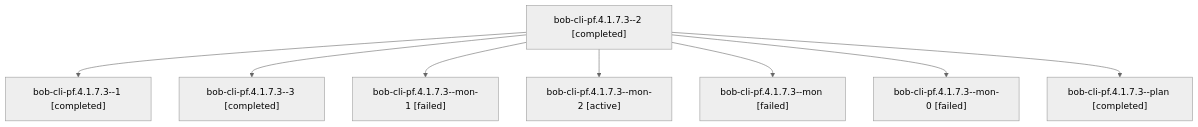
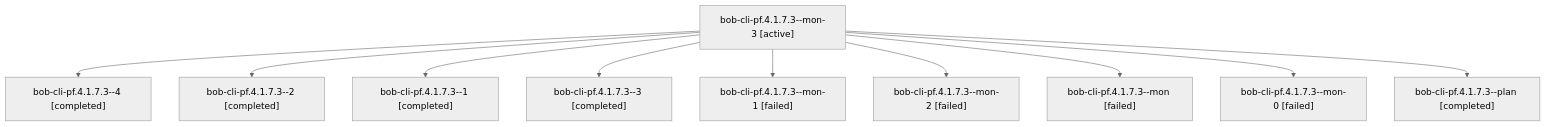
Before and after one commit to bobs-org/bob-cli--agents: the diagram in sessions/bbugyi200.apollo.bob-cli-pf.4.1.7.3.md, drawn with Mermaid (neutral theme). The commit also changed other lines of this file and 105 other files, not shown here.

````diff
--- a/sessions/bbugyi200.apollo.bob-cli-pf.4.1.7.3.md
+++ b/sessions/bbugyi200.apollo.bob-cli-pf.4.1.7.3.md
@@ -9,18 +9,22 @@
 ```mermaid
 flowchart TD
-  n0["bob-cli-pf.4.1.7.3--2 [completed]"]
-  n1["bob-cli-pf.4.1.7.3--1 [completed]"]
+  n0["bob-cli-pf.4.1.7.3--mon-3 [active]"]
+  n1["bob-cli-pf.4.1.7.3--4 [completed]"]
   n0 --> n1
-  n2["bob-cli-pf.4.1.7.3--3 [completed]"]
+  n2["bob-cli-pf.4.1.7.3--2 [completed]"]
   n0 --> n2
-  n3["bob-cli-pf.4.1.7.3--mon-1 [failed]"]
+  n3["bob-cli-pf.4.1.7.3--1 [completed]"]
   n0 --> n3
-  n4["bob-cli-pf.4.1.7.3--mon-2 [active]"]
+  n4["bob-cli-pf.4.1.7.3--3 [completed]"]
   n0 --> n4
-  n5["bob-cli-pf.4.1.7.3--mon [failed]"]
+  n5["bob-cli-pf.4.1.7.3--mon-1 [failed]"]
   n0 --> n5
-  n6["bob-cli-pf.4.1.7.3--mon-0 [failed]"]
+  n6["bob-cli-pf.4.1.7.3--mon-2 [failed]"]
   n0 --> n6
-  n7["bob-cli-pf.4.1.7.3--plan [completed]"]
+  n7["bob-cli-pf.4.1.7.3--mon [failed]"]
   n0 --> n7
+  n8["bob-cli-pf.4.1.7.3--mon-0 [failed]"]
+  n0 --> n8
+  n9["bob-cli-pf.4.1.7.3--plan [completed]"]
+  n0 --> n9
 ```
````
